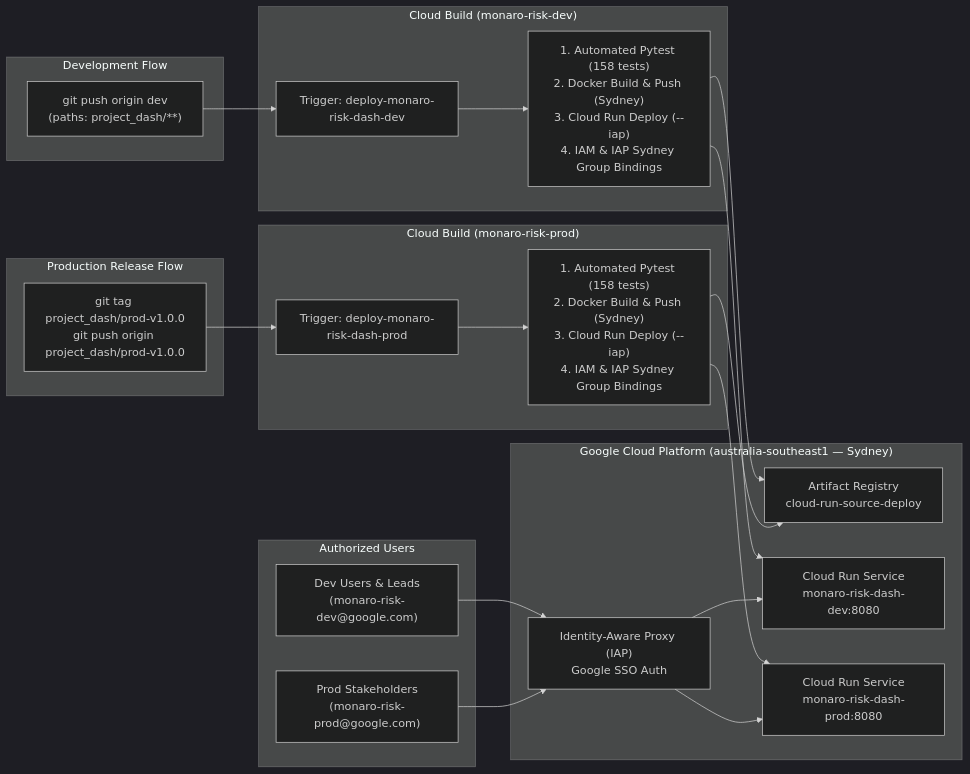
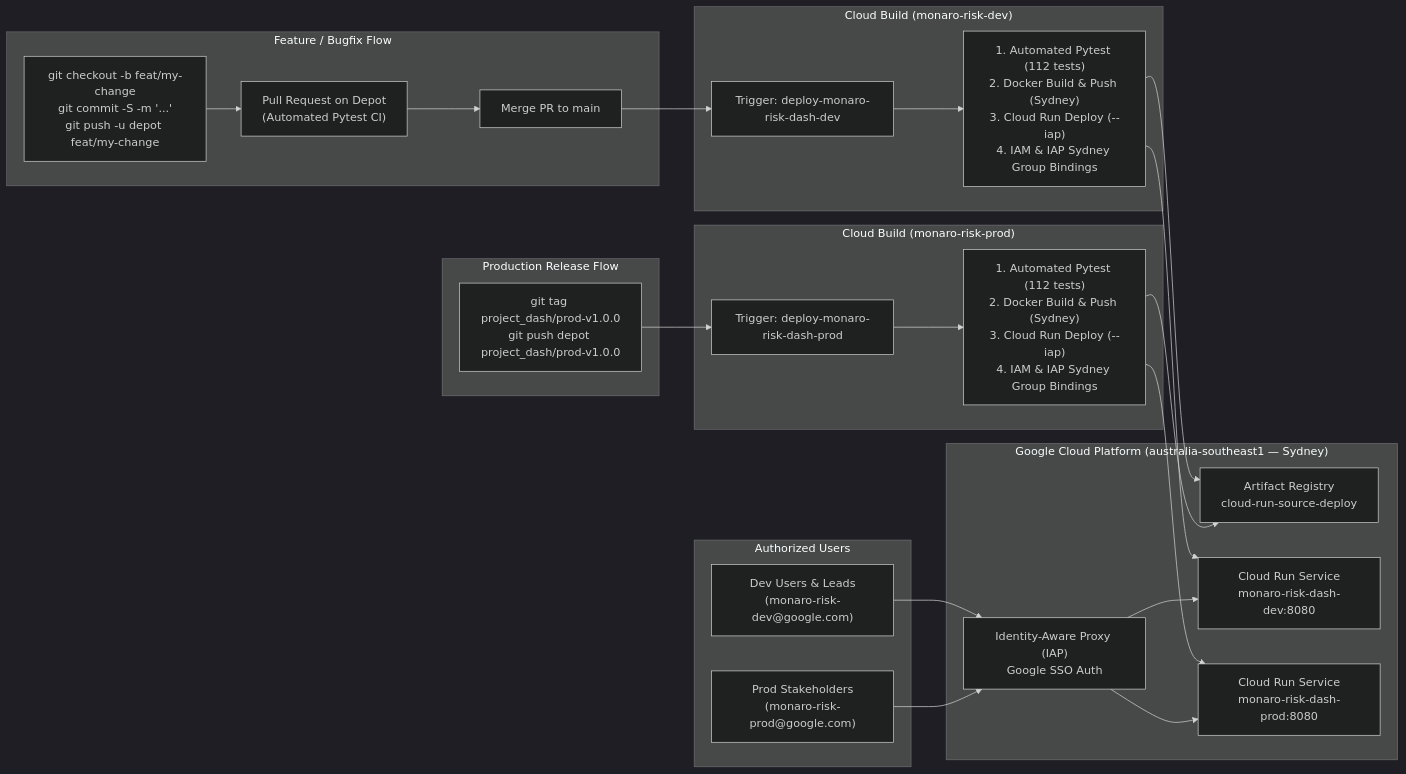
The first of 3 diagrams in docs/DEPLOYMENT_GUIDE.md (brendanhills/uk-bh-project-dash), drawn with Mermaid (dark theme) before and after one commit. The commit also changed other lines of this file and 12 other files, not shown here.

````diff
--- a/docs/DEPLOYMENT_GUIDE.md
+++ b/docs/DEPLOYMENT_GUIDE.md
@@ -62,43 +62,45 @@
 ```mermaid
 flowchart LR
-    subgraph DevPush["Development Flow"]
-        GitDev["git push origin dev\n(paths: project_dash/**)"]
+    subgraph DevPush["Feature / Bugfix Flow"]
+        GitFeat["git checkout -b feat/my-change\ngit commit -S -m '...'\ngit push -u depot feat/my-change"]
+        GitPR["Pull Request on Depot\n(Automated Pytest CI)"]
+        GitMerge["Merge PR to main"]
     end
 
     subgraph ProdPush["Production Release Flow"]
-        GitTag["git tag project_dash/prod-v1.0.0\ngit push origin project_dash/prod-v1.0.0"]
+        GitTag["git tag project_dash/prod-v1.0.0\ngit push depot project_dash/prod-v1.0.0"]
     end
 
     subgraph CloudBuildDev["Cloud Build (monaro-risk-dev)"]
         DevTrigger["Trigger: deploy-monaro-risk-dash-dev"]
-        DevSteps["1. Automated Pytest (158 tests)\n2. Docker Build & Push (Sydney)\n3. Cloud Run Deploy (--iap)\n4. IAM & IAP Sydney Group Bindings"]
+        DevSteps["1. Automated Pytest (112 tests)\n2. Docker Build & Push (Sydney)\n3. Cloud Run Deploy (--iap)\n4. IAM & IAP Sydney Group Bindings"]
     end
 
     subgraph CloudBuildProd["Cloud Build (monaro-risk-prod)"]
         ProdTrigger["Trigger: deploy-monaro-risk-dash-prod"]
-        ProdSteps["1. Automated Pytest (158 tests)\n2. Docker Build & Push (Sydney)\n3. Cloud Run Deploy (--iap)\n4. IAM & IAP Sydney Group Bindings"]
+        ProdSteps["1. Automated Pytest (112 tests)\n2. Docker Build & Push (Sydney)\n3. Cloud Run Deploy (--iap)\n4. IAM & IAP Sydney Group Bindings"]
     end
 
     subgraph SydneyGCP["Google Cloud Platform (australia-southeast1 — Sydney)"]
         AR["Artifact Registry\ncloud-run-source-deploy"]
         IAP["Identity-Aware Proxy (IAP)\nGoogle SSO Auth"]
         RunDev["Cloud Run Service\nmonaro-risk-dash-dev:8080"]
         RunProd["Cloud Run Service\nmonaro-risk-dash-prod:8080"]
     end
 
     subgraph Users["Authorized Users"]
         DevUsers["Dev Users & Leads\n(monaro-risk-dev@google.com)"]
         ProdUsers["Prod Stakeholders\n(monaro-risk-prod@google.com)"]
     end
 
-    GitDev --> DevTrigger --> DevSteps
+    GitFeat --> GitPR --> GitMerge --> DevTrigger --> DevSteps
     DevSteps --> AR
     DevSteps --> RunDev
 
     GitTag --> ProdTrigger --> ProdSteps
     ProdSteps --> AR
     ProdSteps --> RunProd
 
     DevUsers --> IAP --> RunDev
     ProdUsers --> IAP --> RunProd
 ```
````
